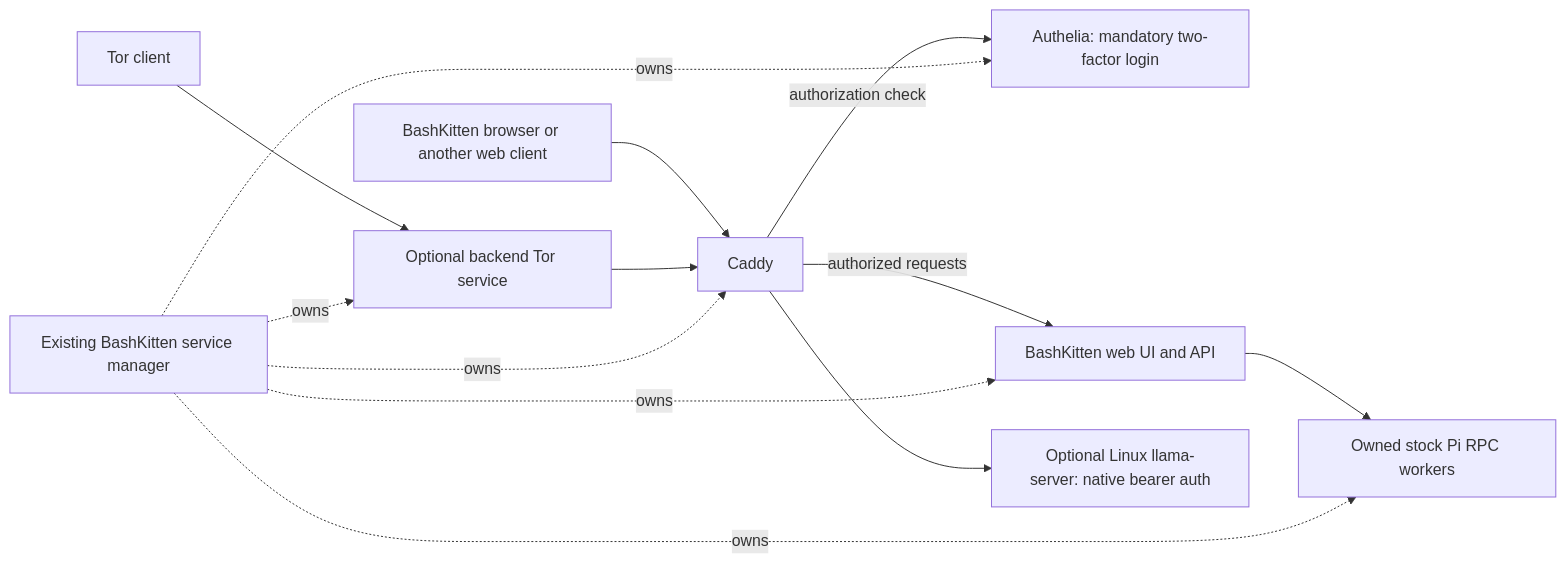
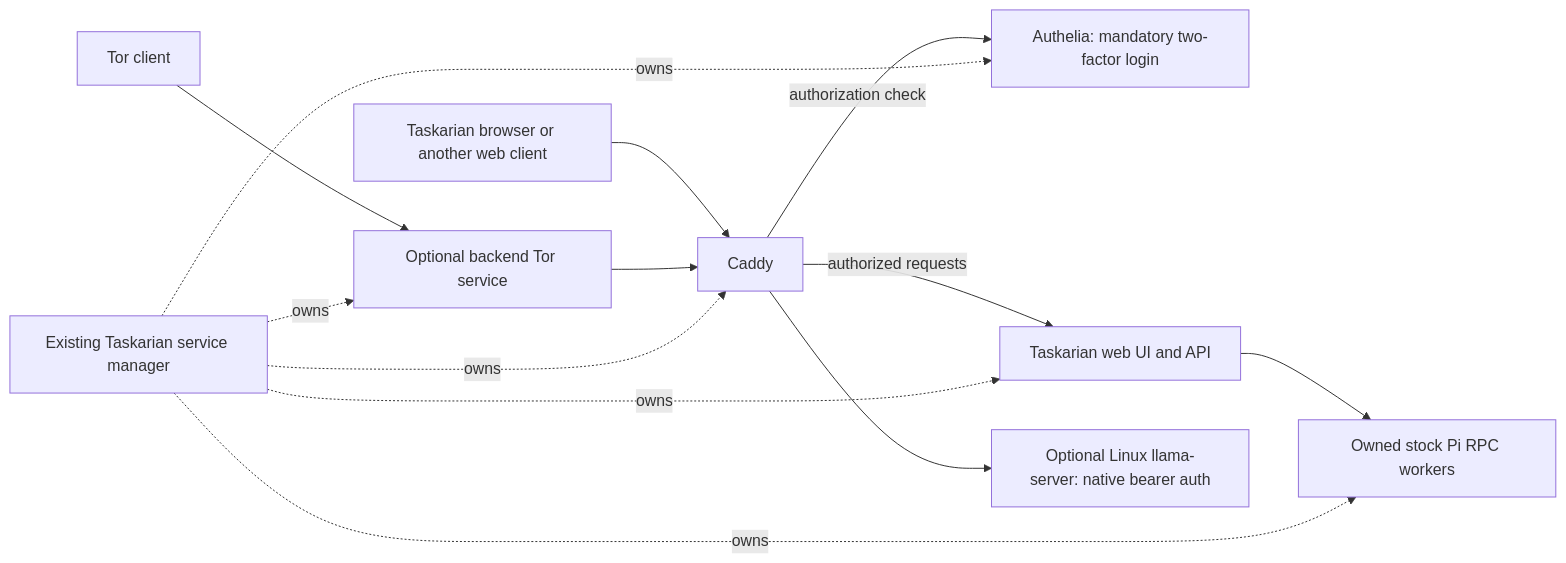
One commit to openresearchtools/BashKitten changed the diagram in docs/browser-integration-plan.md. Above: the diagram before and after it, drawn with Mermaid. The commit also changed other lines of this file and 14034 other files, not shown here.

````diff
--- a/docs/browser-integration-plan.md
+++ b/docs/browser-integration-plan.md
@@ -853,15 +853,15 @@
 ```mermaid
 flowchart LR
-    Client[BashKitten browser or another web client] --> Caddy
+    Client[Taskarian browser or another web client] --> Caddy
     Remote[Tor client] --> Onion[Optional backend Tor service]
     Onion --> Caddy
     Caddy -->|authorization check| Auth[Authelia: mandatory two-factor login]
-    Caddy -->|authorized requests| UI[BashKitten web UI and API]
+    Caddy -->|authorized requests| UI[Taskarian web UI and API]
     UI --> Workers[Owned stock Pi RPC workers]
     Caddy --> Llama[Optional Linux llama-server: native bearer auth]
-    Manager[Existing BashKitten service manager] -. owns .-> Caddy
+    Manager[Existing Taskarian service manager] -. owns .-> Caddy
     Manager -. owns .-> Auth
     Manager -. owns .-> UI
     Manager -. owns .-> Onion
     Manager -. owns .-> Workers
 ```
````
